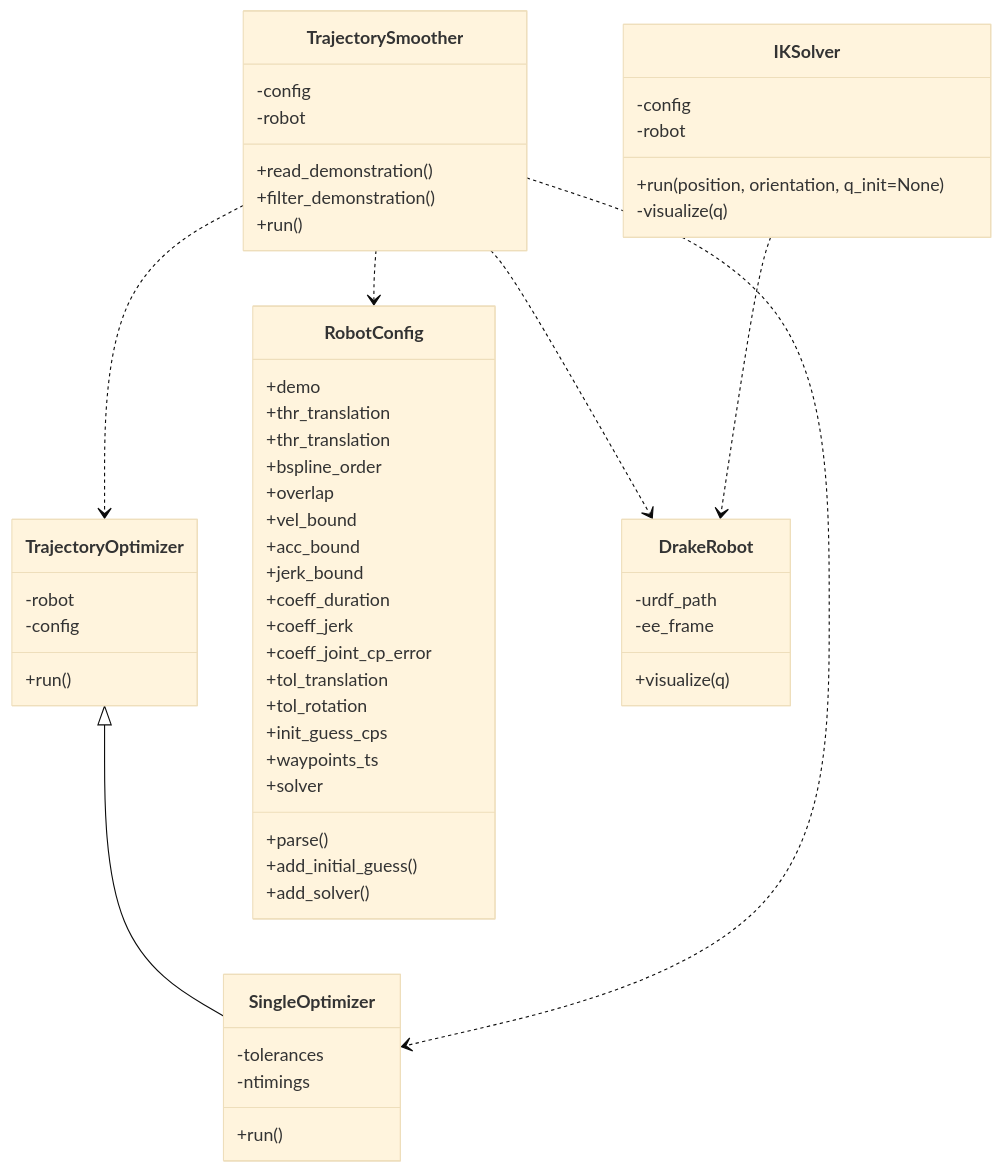
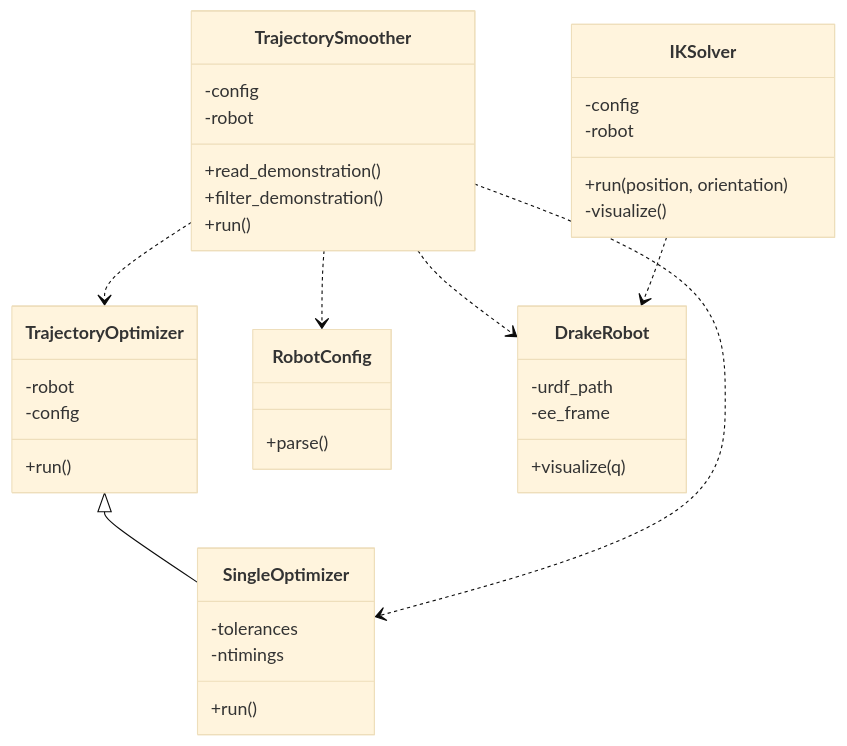
One commit to snt-arg/lfd_interface changed the diagram in misc/thesis/lfd_smoothing/class.mmd. Above: the diagram before and after it, drawn with Mermaid (base theme). The commit also changed 4 other files, not shown here.

```diff
--- a/misc/thesis/lfd_smoothing/class.mmd
+++ b/misc/thesis/lfd_smoothing/class.mmd
@@ -1,66 +1,48 @@
 classDiagram
 
     class TrajectorySmoother {
         +read_demonstration()
         +filter_demonstration()
         +run()
         -config
         -robot
     }
 
    class TrajectoryOptimizer {
         +run()
         -robot
         -config
     }
 
     class SingleOptimizer {
         -tolerances
         -ntimings
         +run()
     }
     
 
 
     class RobotConfig {
         +parse()
-        +add_initial_guess()
-        +add_solver()
-        +demo
-        +thr_translation
-        +thr_translation
-        +bspline_order
-        +overlap
-        +vel_bound
-        +acc_bound
-        +jerk_bound
-        +coeff_duration
-        +coeff_jerk
-        +coeff_joint_cp_error
-        +tol_translation
-        +tol_rotation
-        +init_guess_cps
-        +waypoints_ts
-        +solver
     }
 
     class DrakeRobot {
         -urdf_path
         -ee_frame
         +visualize(q)
     }
     
 
     class IKSolver {
-        +run(position, orientation, q_init=None)
-        -visualize(q)
+        +run(position, orientation)
+        -visualize()
         -config
         -robot
     }
     %% SingleOptimizer --|> TrajectoryOptimizer
     TrajectoryOptimizer <|-- SingleOptimizer
     TrajectorySmoother ..> TrajectoryOptimizer
     TrajectorySmoother ..> SingleOptimizer
     TrajectorySmoother ..> DrakeRobot
     TrajectorySmoother ..> RobotConfig
     IKSolver ..> DrakeRobot
```
